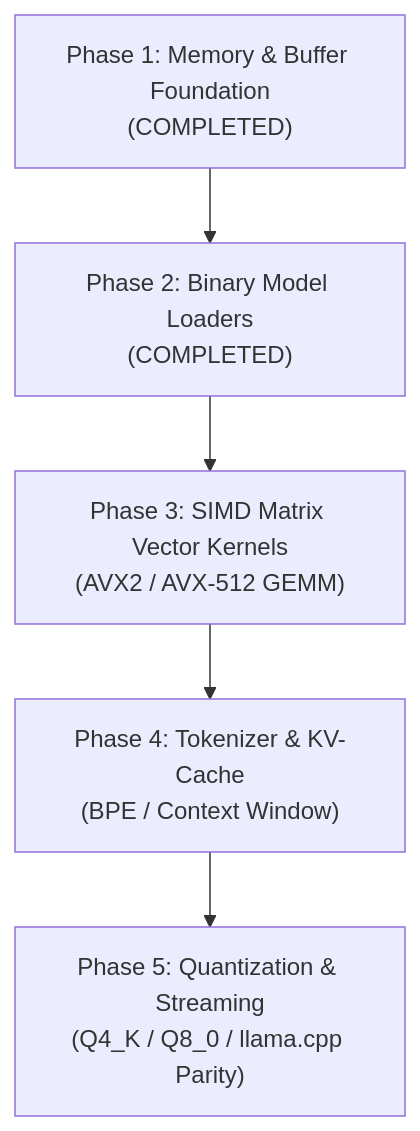
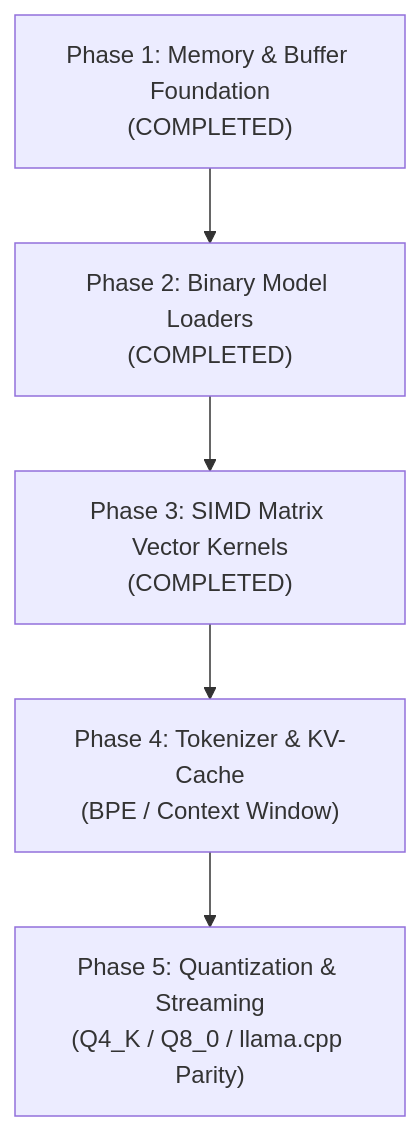
Before and after one commit to kazlang/kaz: the diagram in docs/AI_ENGINE_ROADMAP.md, drawn with Mermaid. The commit also changed other lines of this file and 1 other file, not shown here.

Commit message:
feat(ai-engine): update binary and docs with Phase 3 SIMD kernels and float negation fix

````diff
--- a/docs/AI_ENGINE_ROADMAP.md
+++ b/docs/AI_ENGINE_ROADMAP.md
@@ -20,7 +20,7 @@
 ```mermaid
 flowchart TD
     M1["Phase 1: Memory & Buffer Foundation<br/>(COMPLETED)"] --> M2["Phase 2: Binary Model Loaders<br/>(COMPLETED)"]
-    M2 --> M3["Phase 3: SIMD Matrix Vector Kernels<br/>(AVX2 / AVX-512 GEMM)"]
+    M2 --> M3["Phase 3: SIMD Matrix Vector Kernels<br/>(COMPLETED)"]
     M3 --> M4["Phase 4: Tokenizer & KV-Cache<br/>(BPE / Context Window)"]
     M4 --> M5["Phase 5: Quantization & Streaming<br/>(Q4_K / Q8_0 / llama.cpp Parity)"]
 ```
````
